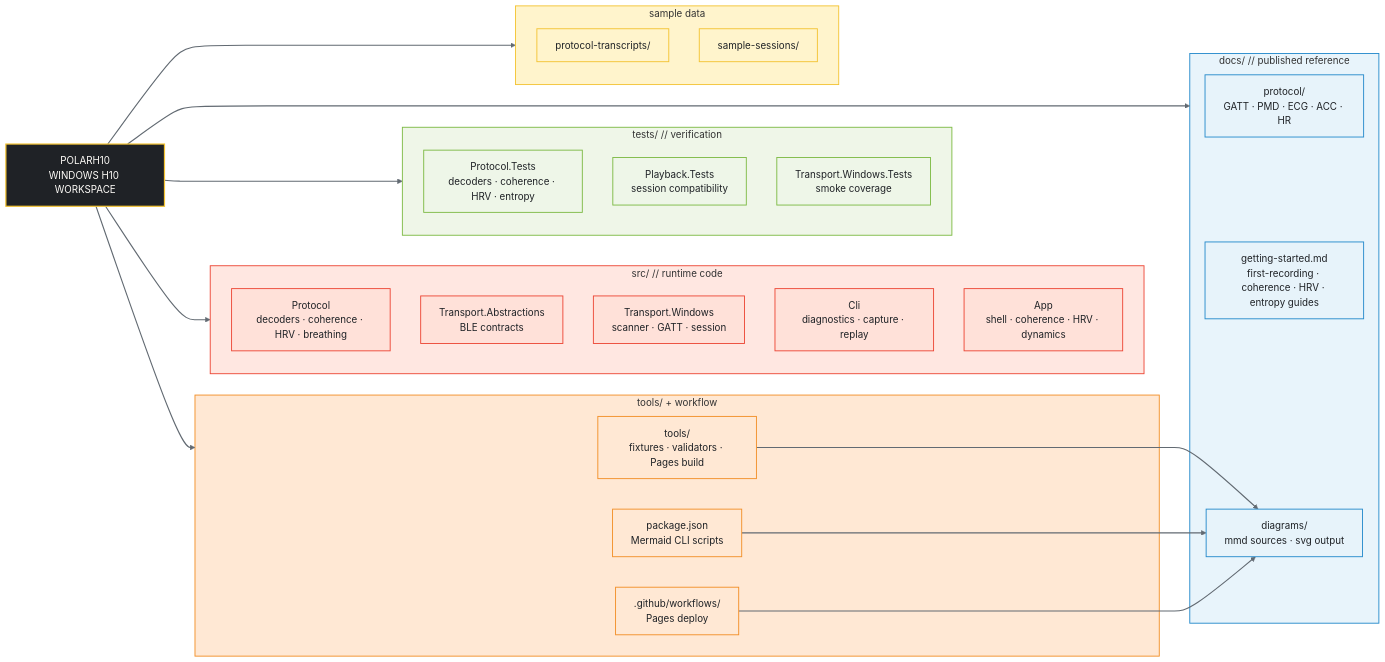
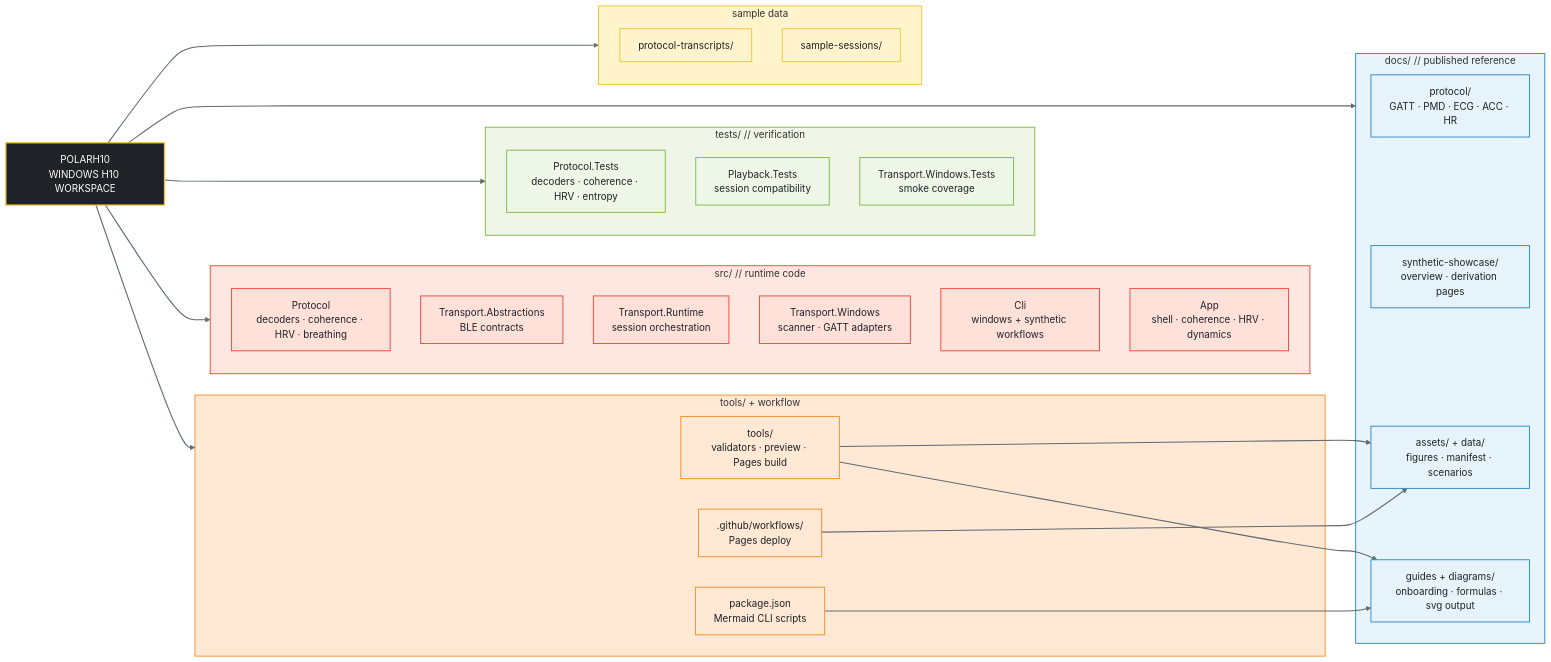
One commit to MesmerPrism/PolarH10 changed the diagram in docs/diagrams/repo-structure.mmd. Above: the diagram before and after it, drawn with Mermaid. The commit also changed 159 other files, not shown here.

Commit message:
Add synthetic showcase publication workflow

```diff
--- a/docs/diagrams/repo-structure.mmd
+++ b/docs/diagrams/repo-structure.mmd
@@ -1,65 +1,68 @@
 %% Repo structure overview - GitHub-facing and compact.
 %% Keep the README version lightweight; push deeper diagrams into docs/diagrams.
 
 flowchart LR
     R["POLARH10<br/>WINDOWS H10 WORKSPACE"]
 
     subgraph Source["src/ // runtime code"]
         P1["Protocol<br/>decoders · coherence · HRV · breathing"]
         P2["Transport.Abstractions<br/>BLE contracts"]
-        P3["Transport.Windows<br/>scanner · GATT · session"]
-        P4["Cli<br/>diagnostics · capture · replay"]
-        P5["App<br/>shell · coherence · HRV · dynamics"]
+        P3["Transport.Runtime<br/>session orchestration"]
+        P4["Transport.Windows<br/>scanner · GATT adapters"]
+        P5["Cli<br/>windows + synthetic workflows"]
+        P6["App<br/>shell · coherence · HRV · dynamics"]
     end
 
     subgraph Tests["tests/ // verification"]
         T1["Protocol.Tests<br/>decoders · coherence · HRV · entropy"]
         T2["Playback.Tests<br/>session compatibility"]
         T3["Transport.Windows.Tests<br/>smoke coverage"]
     end
 
     subgraph Docs["docs/ // published reference"]
         D1["protocol/<br/>GATT · PMD · ECG · ACC · HR"]
-        D2["getting-started.md<br/>first-recording · coherence · HRV · entropy guides"]
-        D3["diagrams/<br/>mmd sources · svg output"]
+        D2["synthetic-showcase/<br/>overview · derivation pages"]
+        D3["assets/ + data/<br/>figures · manifest · scenarios"]
+        D4["guides + diagrams/<br/>onboarding · formulas · svg output"]
     end
 
     subgraph Tooling["tools/ + workflow"]
-        TL1["tools/<br/>fixtures · validators · Pages build"]
+        TL1["tools/<br/>validators · preview · Pages build"]
         TL2["package.json<br/>Mermaid CLI scripts"]
         TL3[".github/workflows/<br/>Pages deploy"]
     end
 
     subgraph Samples["sample data"]
         S1["protocol-transcripts/"]
         S2["sample-sessions/"]
     end
 
     R --> Source
     R --> Tests
     R --> Docs
     R --> Tooling
     R --> Samples
+    TL1 --> D4
     TL1 --> D3
-    TL2 --> D3
+    TL2 --> D4
     TL3 --> D3
 
     style Source fill:#FFE7E1,stroke:#EC4736,stroke-width:1.5px;
     style Tests fill:#EFF6E8,stroke:#7DBA44,stroke-width:1.5px;
     style Docs fill:#E8F4FB,stroke:#258ACB,stroke-width:1.5px;
     style Tooling fill:#FFE8D4,stroke:#F28F28,stroke-width:1.5px;
     style Samples fill:#FFF4CC,stroke:#F3C333,stroke-width:1.5px;
 
     classDef hub fill:#1F2226,stroke:#F3C333,color:#FFFDF9,stroke-width:2px;
     classDef source fill:#FFE1D9,stroke:#EC4736,color:#1F2226,stroke-width:1.5px;
     classDef tests fill:#EEF6E8,stroke:#7DBA44,color:#1F2226,stroke-width:1.5px;
     classDef docs fill:#E7F3FA,stroke:#258ACB,color:#1F2226,stroke-width:1.5px;
     classDef tooling fill:#FFE8D4,stroke:#F28F28,color:#1F2226,stroke-width:1.5px;
     classDef sample fill:#FFF4CC,stroke:#F3C333,color:#1F2226,stroke-width:1.5px;
     class R hub;
-    class P1,P2,P3,P4,P5 source;
+    class P1,P2,P3,P4,P5,P6 source;
     class T1,T2,T3 tests;
-    class D1,D2,D3 docs;
+    class D1,D2,D3,D4 docs;
     class TL1,TL2,TL3 tooling;
     class S1,S2 sample;
     linkStyle default stroke:#626A72,stroke-width:1.8px;
```
